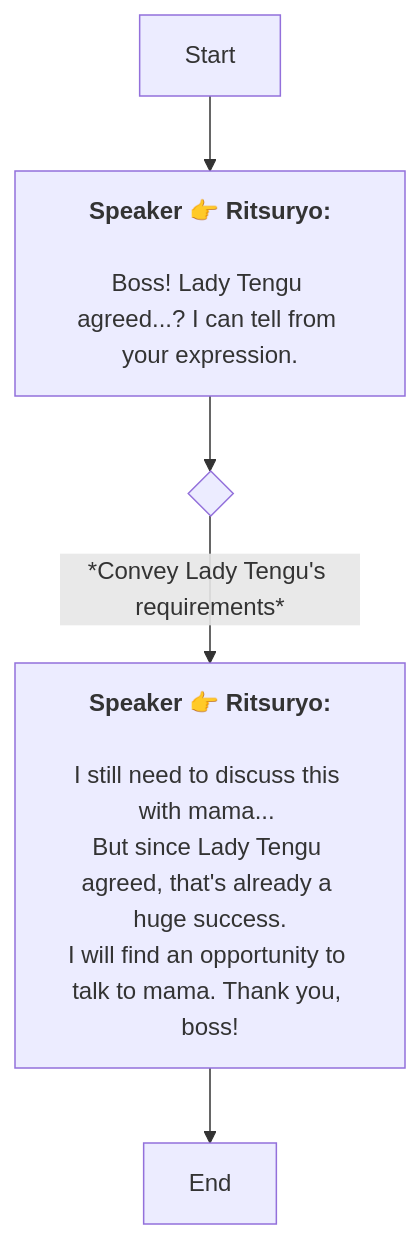
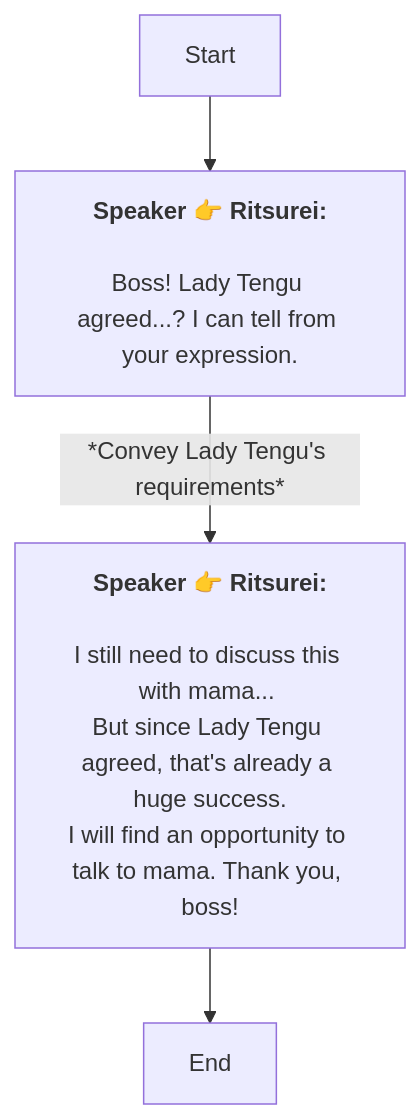
The diagram in En/QuestTalkObjectiveNode_1758367008380588.md (SoftHu/tos_avg), drawn with Mermaid before and after one commit. The commit also changed 737 other files, not shown here.

````diff
--- a/En/QuestTalkObjectiveNode_1758367008380588.md
+++ b/En/QuestTalkObjectiveNode_1758367008380588.md
@@ -1,14 +1,10 @@
 ```mermaid
 graph
-Start -->1758367218922159[<b>Speaker 👉 Ritsuryo:</b>
-
-Boss! Lady Tengu agreed...? I can tell from your expression.]
-1758367218922159 -->1758367237911216{ }
-1758367237911216 -->|*Convey Lady Tengu's requirements*|1758367257281203[<b>Speaker 👉 Ritsuryo:</b>
-
-I still need to discuss this with mama... 
-But since Lady Tengu agreed, that's already a huge success.
-I will find an opportunity to talk to mama. Thank you, boss!]
+Start -->1758367218922159[<b>Speaker 👉 Ritsurei:</b>
+\nBoss! Lady Tengu agreed...? I can tell from your expression.]
+1758367218922159 -->|*Convey Lady Tengu's requirements*|1758367257281203[<b>Speaker 👉 Ritsurei:</b>
+\nI still need to discuss this with mama... 
+But since Lady Tengu agreed, that's already a huge success.\nI will find an opportunity to talk to mama. Thank you, boss!]
 1758367257281203 -->1758367297307316[End]
 
- ```
+```
````
